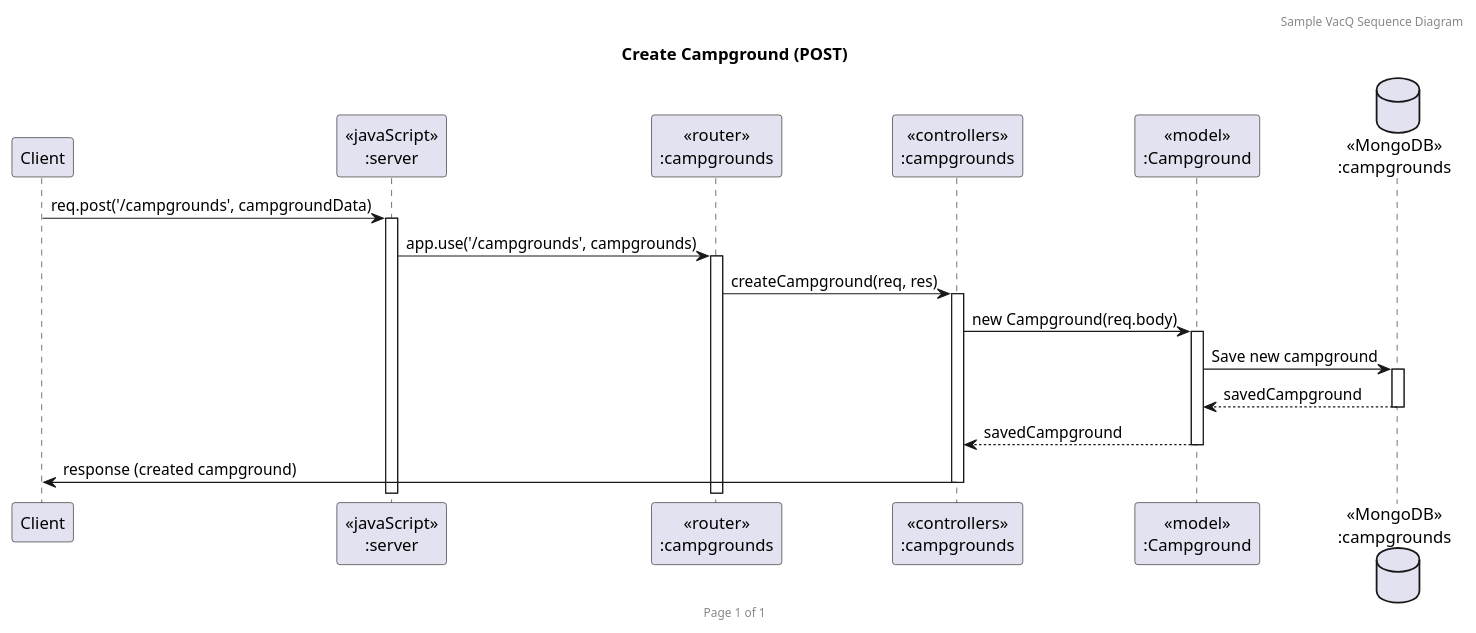
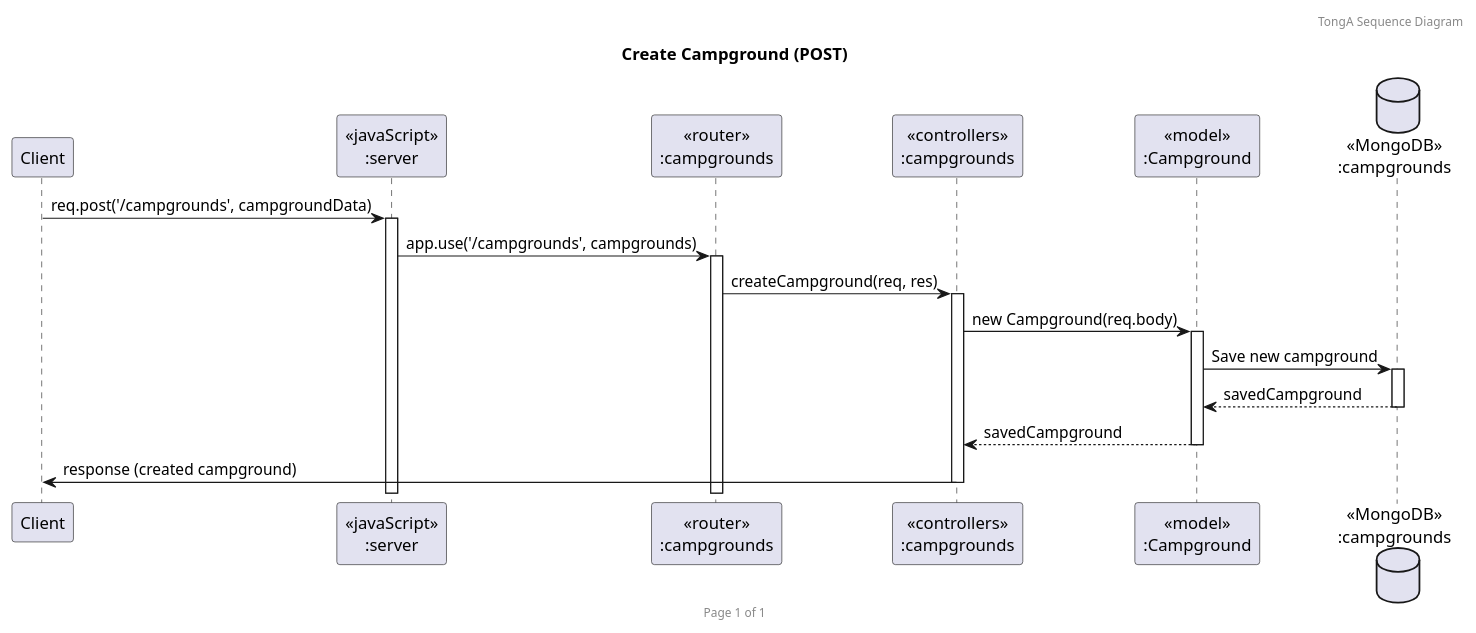
One commit to 2110503-2564/fe-project-2024-2-tong-a changed the diagram in plantuml/post.puml. Above: the diagram before and after it, drawn with PlantUML. The commit also changed 5 other files, not shown here.

Commit message:
add Diagram

```diff
--- a/plantuml/post.puml
+++ b/plantuml/post.puml
@@ -1,23 +1,23 @@
 @startuml Create Campground (POST)
 
-header Sample VacQ Sequence Diagram
+header TongA Sequence Diagram
 footer Page %page% of %lastpage%
 title "Create Campground (POST)"
 
 participant "Client" as client
 participant "<<javaScript>>\n:server" as server
 participant "<<router>>\n:campgrounds" as routerCampgrounds
 participant "<<controllers>>\n:campgrounds" as controllersCampgrounds
 participant "<<model>>\n:Campground" as modelCampground
 database "<<MongoDB>>\n:campgrounds" as CampgroundsDatabase
 
 client -> server ++: req.post('/campgrounds', campgroundData)
 server -> routerCampgrounds ++: app.use('/campgrounds', campgrounds)
 routerCampgrounds -> controllersCampgrounds ++: createCampground(req, res)
 controllersCampgrounds -> modelCampground ++: new Campground(req.body)
 modelCampground -> CampgroundsDatabase ++: Save new campground
 CampgroundsDatabase --> modelCampground --: savedCampground
 controllersCampgrounds <-- modelCampground --: savedCampground
 controllersCampgrounds -> client --: response (created campground)
 
 @enduml
```
